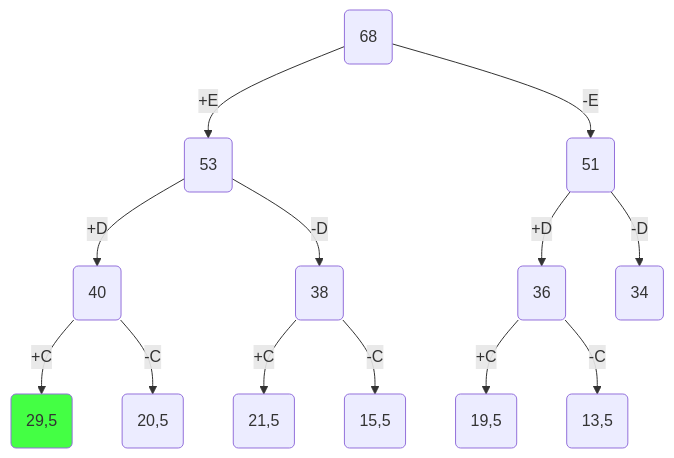
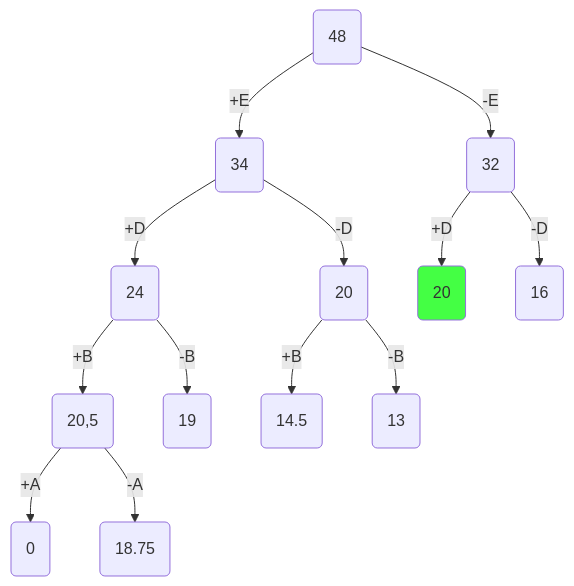
Before and after one commit to ggpillow/algorithm: the sixth of 10 diagrams in 18task.md, drawn with Mermaid. The commit also changed other lines of this file, not shown here.

````diff
--- a/18task.md
+++ b/18task.md
@@ -229,30 +279,30 @@
 ``` mermaid
 flowchart TD
-A(68)
-B(53)
-C(51)
-D(40)
-E(38)
-F(36)
-G(34)
-H(29,5)
-I(20,5)
-J(21,5)
-K(15,5)
-L(19,5)
-M(13,5)
+A(48)
+B(34)
+C(32)
+D(24)
+E(20)
+F(20)
+G(16)
+H(20,5)
+I(19)
+J(0)
+K(18.75)
+L(14.5)
+M(13)
 A -- +E--> B
 A -- -E--> C
 B -- +D--> D
 B -- -D--> E
 C -- +D--> F
 C -- -D--> G
-D -- +C--> H
-D -- -C--> I
-E -- +C--> J
-E -- -C--> K
-F -- +C--> L
-F -- -C--> M
+D -- +B--> H
+D -- -B--> I
+H -- +A--> J
+H -- -A--> K
+E -- +B--> L
+E -- -B--> M
 
-style H fill:#4f4f
+style F fill:#4f4f
 ```
````
